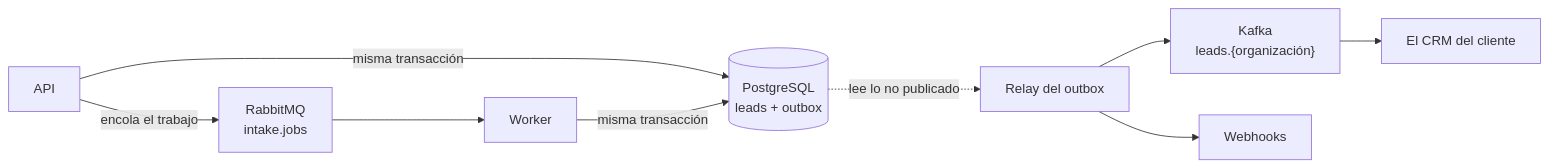
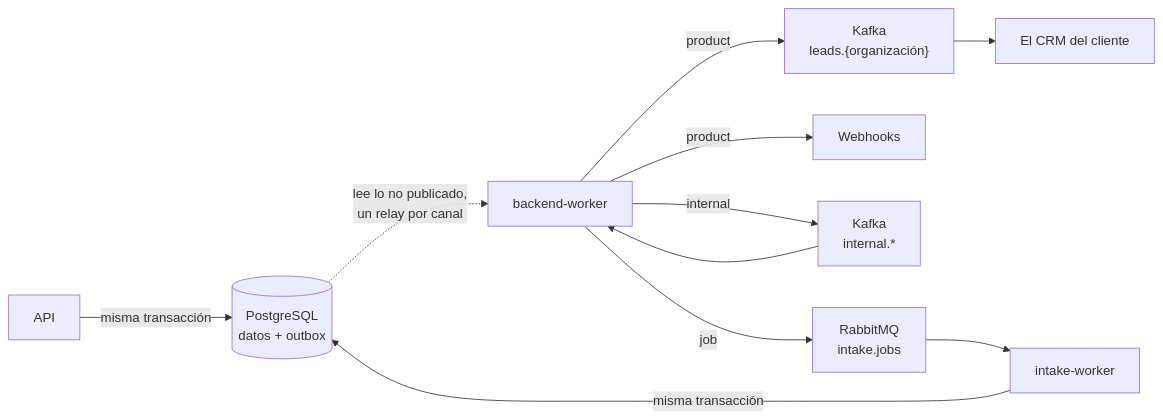
Before and after one commit to MDCIrony/leads-hexa: the diagram in docs/content/eventos/index.md, drawn with Mermaid. The commit also changed other lines of this file and 18 other files, not shown here.

Commit message:
docs(events): document per-channel outbox, internal topics and backend-worker

````diff
--- a/docs/content/eventos/index.md
+++ b/docs/content/eventos/index.md
@@ -45,11 +45,13 @@
 ```mermaid
 flowchart LR
-    API["API"] -->|misma transacción| DB[("PostgreSQL<br/>leads + outbox")]
-    API -->|encola el trabajo| RMQ["RabbitMQ<br/>intake.jobs"]
-    RMQ --> W["Worker"]
+    API["API"] -->|misma transacción| DB[("PostgreSQL<br/>datos + outbox")]
+    DB -.->|"lee lo no publicado,<br/>un relay por canal"| BW["backend-worker"]
+    BW -->|"product"| K["Kafka<br/>leads.{organización}"]
+    BW -->|"product"| WH["Webhooks"]
+    BW -->|"internal"| KI["Kafka<br/>internal.*"]
+    BW -->|"job"| RMQ["RabbitMQ<br/>intake.jobs"]
+    K --> CRM["El CRM del cliente"]
+    KI --> BW
+    RMQ --> W["intake-worker"]
     W -->|misma transacción| DB
-    DB -.->|lee lo no publicado| Relay["Relay del outbox"]
-    Relay --> K["Kafka<br/>leads.{organización}"]
-    Relay --> WH["Webhooks"]
-    K --> CRM["El CRM del cliente"]
 ```
````
